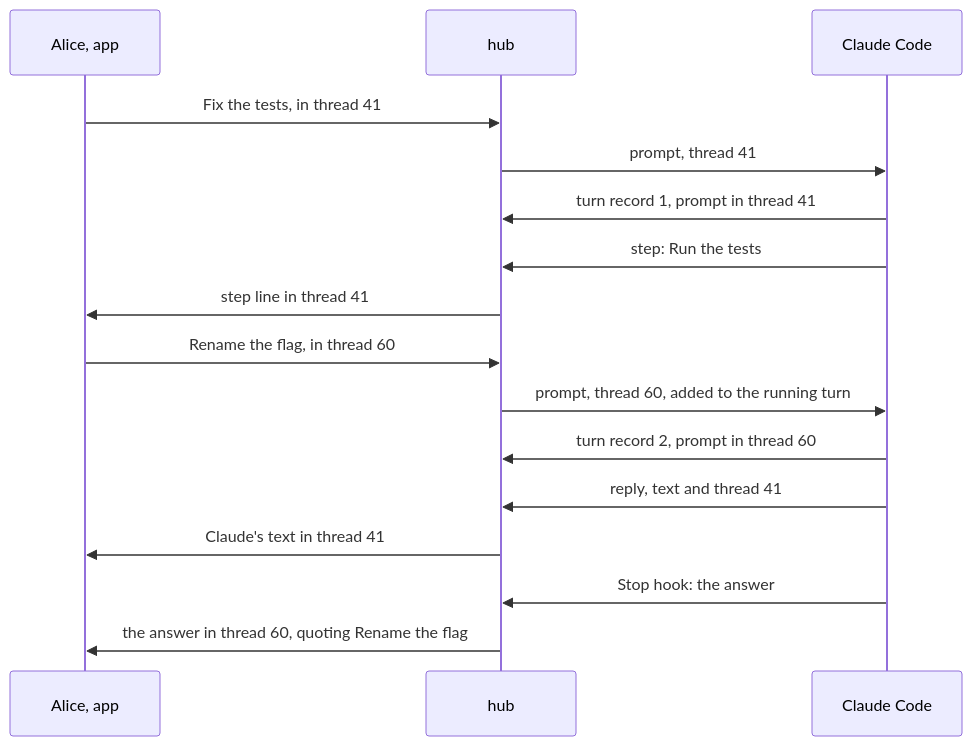
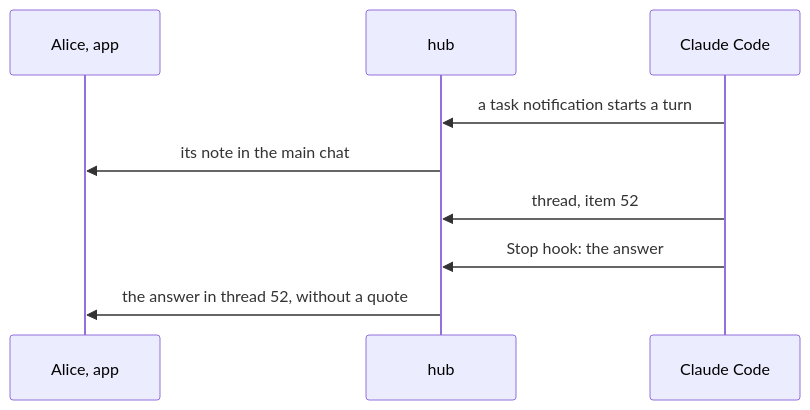
One commit to evgeny-simplex/simplex-chat changed the third of 4 diagrams in plans/2026-11-13-mcp-threads.md. Above: the diagram before and after it, drawn with Mermaid. The commit also changed other lines of this file, not shown here.

Commit message:
plan: mcp-threads with channel comments, stages, Claude's tasks

````diff
--- a/plans/2026-11-13-mcp-threads.md
+++ b/plans/2026-11-13-mcp-threads.md
@@ -133,18 +162,11 @@
 ```mermaid
 sequenceDiagram
   participant A as Alice, app
   participant H as hub
   participant C as Claude Code
-  A->>H: Fix the tests, in thread 41
-  H->>C: prompt, thread 41
-  C->>H: turn record 1, prompt in thread 41
-  C->>H: step: Run the tests
-  H->>A: step line in thread 41
-  A->>H: Rename the flag, in thread 60
-  H->>C: prompt, thread 60, added to the running turn
-  C->>H: turn record 2, prompt in thread 60
-  C->>H: reply, text and thread 41
-  H->>A: Claude's text in thread 41
+  C->>H: a task notification starts a turn
+  H->>A: its note in the main chat
+  C->>H: thread, item 52
   C->>H: Stop hook: the answer
-  H->>A: the answer in thread 60, quoting Rename the flag
+  H->>A: the answer in thread 52, without a quote
 ```
````
